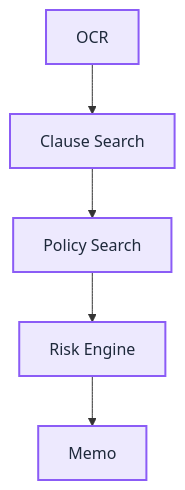
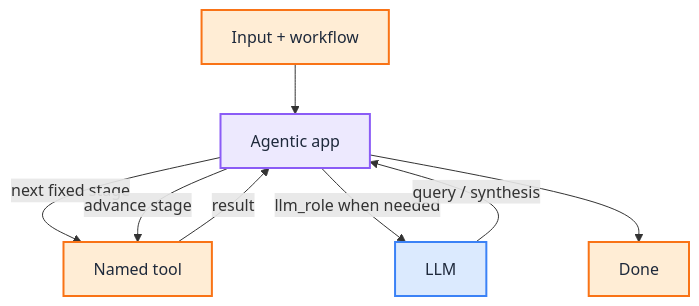
The fourth of 5 diagrams in docs/insights/2026-08-05-enterprise-ai-workflow-patterns-autonomy-vs-control/enterprise-ai-workflow-patterns-autonomy-vs-control.mdx (iamsharmajitender/gain), drawn with Mermaid before and after one commit. The commit also changed other lines of this file and 30 other files, not shown here.

````diff
--- a/docs/insights/2026-08-05-enterprise-ai-workflow-patterns-autonomy-vs-control/enterprise-ai-workflow-patterns-autonomy-vs-control.mdx
+++ b/docs/insights/2026-08-05-enterprise-ai-workflow-patterns-autonomy-vs-control/enterprise-ai-workflow-patterns-autonomy-vs-control.mdx
@@ -639,10 +646,18 @@
 ```mermaid
 flowchart TB
-    OCR[OCR] --> Clause[Clause Search]
-    Clause --> Policy[Policy Search]
-    Policy --> Risk[Risk Engine]
-    Risk --> Memo[Memo]
+    Input[Input + workflow] --> App[Agentic app]
+    App -->|"next fixed stage"| Tool[Named tool]
+    Tool -->|"result"| App
+    App -->|"llm_role when needed"| LLM[LLM]
+    LLM -->|"query / synthesis"| App
+    App -->|"advance stage"| Tool
+    App --> Done[Done]
 
-    classDef fixed fill:#ede9fe,stroke:#8b5cf6,color:#1e293b,stroke-width:2px
-    class OCR,Clause,Policy,Risk,Memo fixed
+    classDef app fill:#ede9fe,stroke:#8b5cf6,color:#1e293b,stroke-width:2px
+    classDef llm fill:#dbeafe,stroke:#3b82f6,color:#1e293b,stroke-width:2px
+    classDef other fill:#ffedd5,stroke:#f97316,color:#1e293b,stroke-width:2px
+
+    class App app
+    class LLM llm
+    class Input,Tool,Done other
 ```
````
